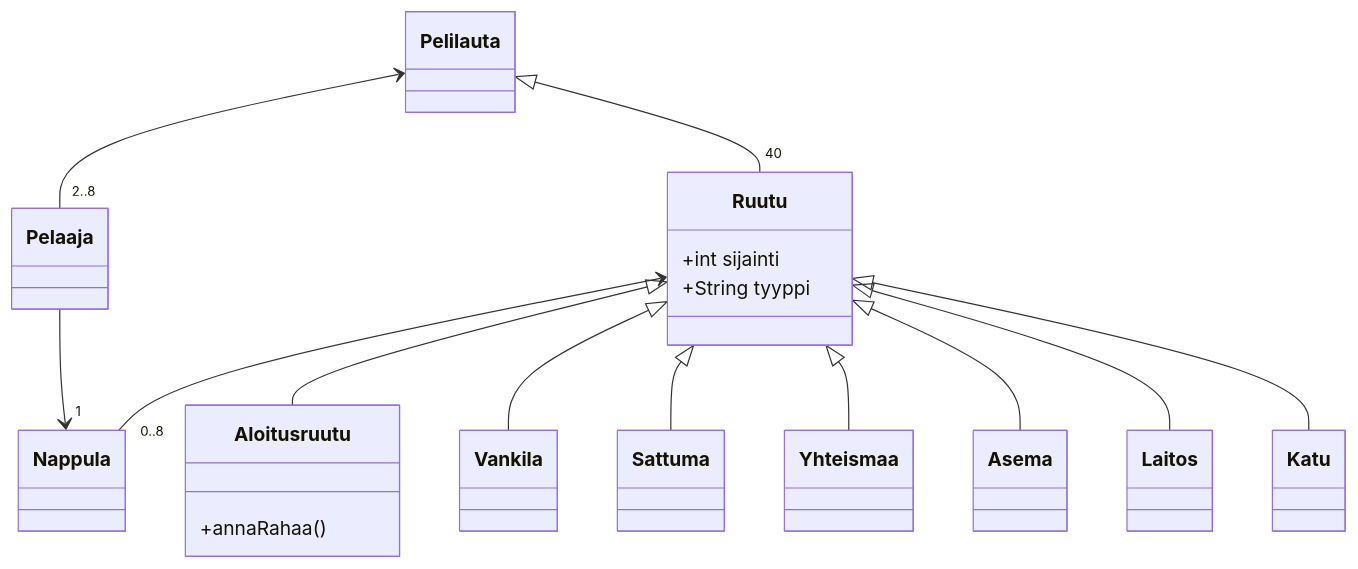
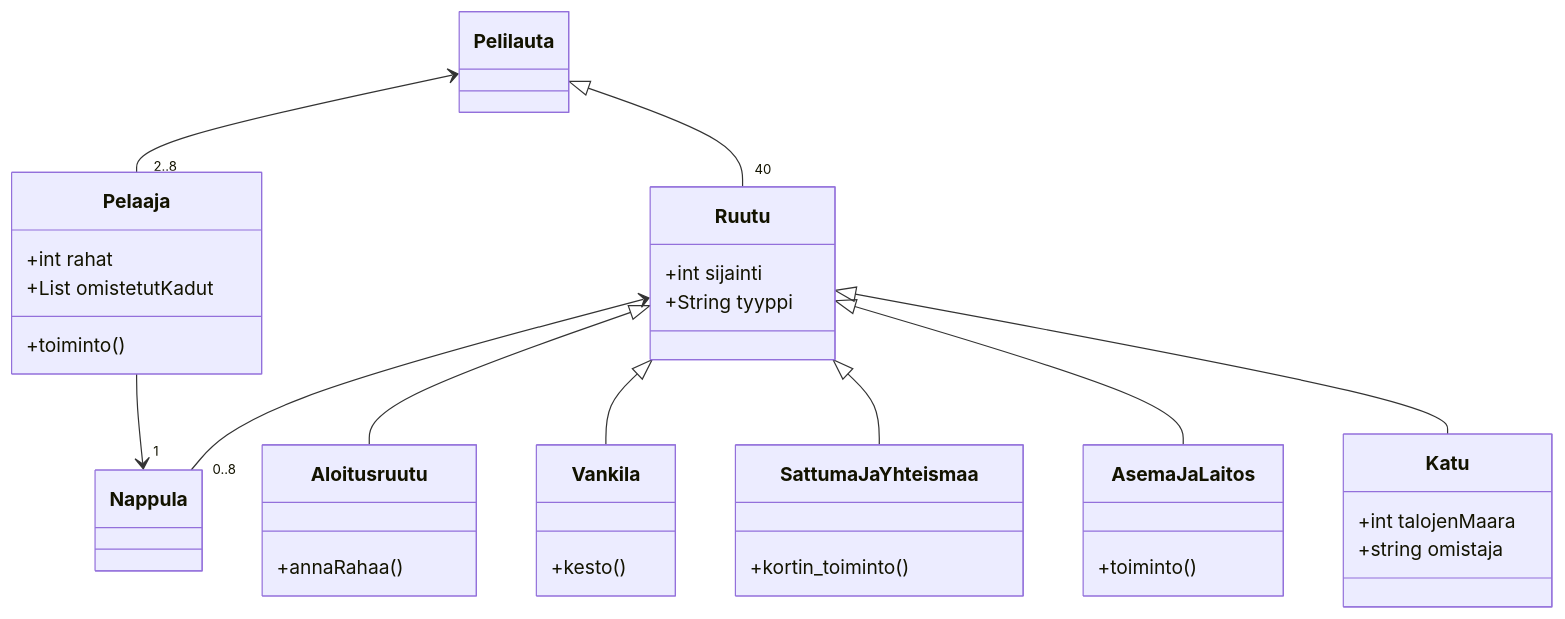
The diagram in laskarit/viikko3/luokkkakaavio.md (tapsamies/ot-harjoitustyo), drawn with Mermaid before and after one commit.

````diff
--- a/laskarit/viikko3/luokkkakaavio.md
+++ b/laskarit/viikko3/luokkkakaavio.md
@@ -1,34 +1,41 @@
 ```mermaid
 classDiagram
 	Pelilauta <|-- "40" Ruutu
 	Pelaaja --> "1" Nappula
 	Ruutu <-- "0..8" Nappula
 	Pelilauta <-- "2..8" Pelaaja
 	Ruutu <|-- Aloitusruutu
 	Ruutu <|-- Vankila
-	Ruutu <|-- Sattuma
-	Ruutu <|-- Yhteismaa
-	Ruutu <|-- Asema
-	Ruutu <|-- Laitos
+	Ruutu <|-- SattumaJaYhteismaa
+	Ruutu <|-- AsemaJaLaitos
 	Ruutu <|-- Katu
 	class Ruutu{
 		+int sijainti
 		+String tyyppi	
 	}
 	class Aloitusruutu{
 		+annaRahaa()
 	}
-		
-	
-	
-
-
-
-
-
-
+	class Vankila{
+		+kesto()
+	}
+	class SattumaJaYhteismaa{
+		+kortin_toiminto()
+	}
+	class AsemaJaLaitos{
+		+toiminto()
+	}
+	class Katu{
+		+int talojenMaara
+		+string omistaja	
+	}
+	class Pelaaja{
+		+int rahat
+		+List omistetutKadut
+		+toiminto()
+	}
 
 
 
 
 ```
````
